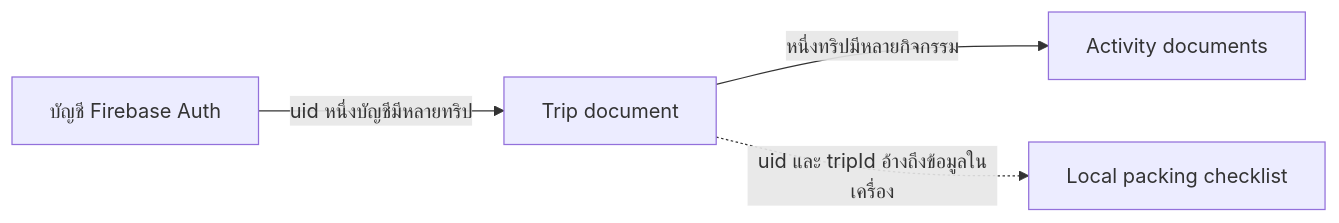
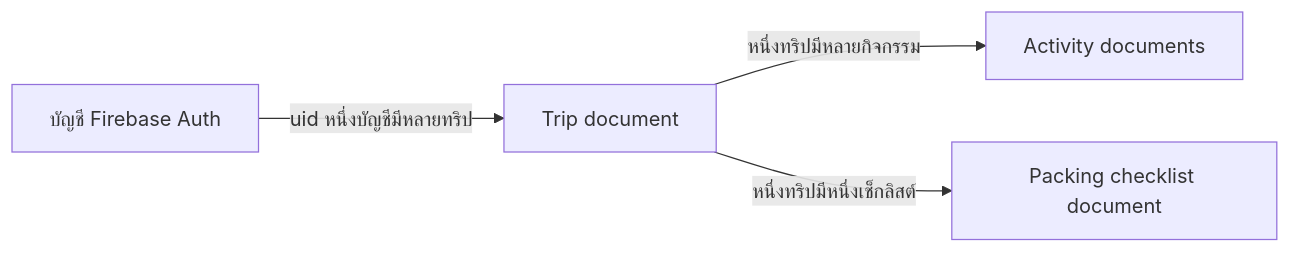
One commit to IMLV1/trip_pocket changed the diagram in docs/DATABASE_DESIGN.md. Above: the diagram before and after it, drawn with Mermaid. The commit also changed other lines of this file and 8 other files, not shown here.

First line of the commit message:
Store packing checklist in Firestore per trip

````diff
--- a/docs/DATABASE_DESIGN.md
+++ b/docs/DATABASE_DESIGN.md
@@ -55,6 +59,6 @@
 ```mermaid
 flowchart LR
     A[บัญชี Firebase Auth] -->|uid หนึ่งบัญชีมีหลายทริป| T[Trip document]
     T -->|หนึ่งทริปมีหลายกิจกรรม| E[Activity documents]
-    T -.->|uid และ tripId อ้างถึงข้อมูลในเครื่อง| P[Local packing checklist]
+    T -->|หนึ่งทริปมีหนึ่งเช็กลิสต์| P[Packing checklist document]
 ```
````
